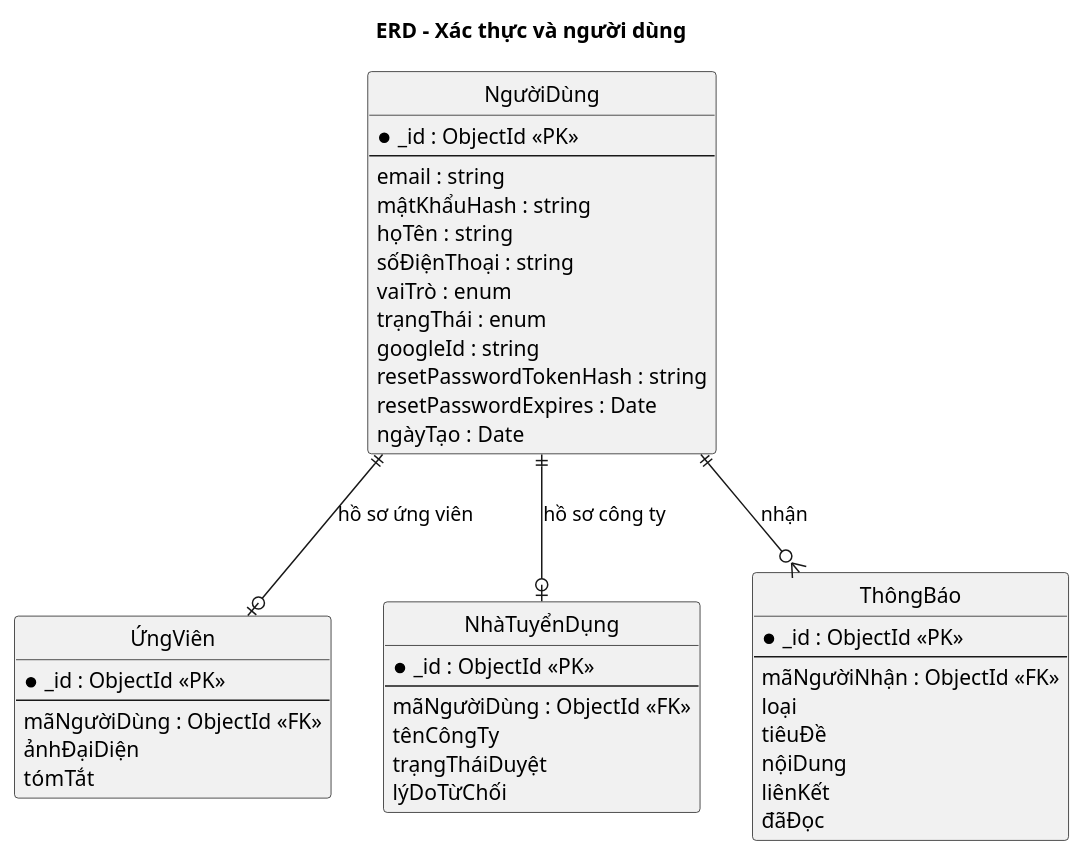
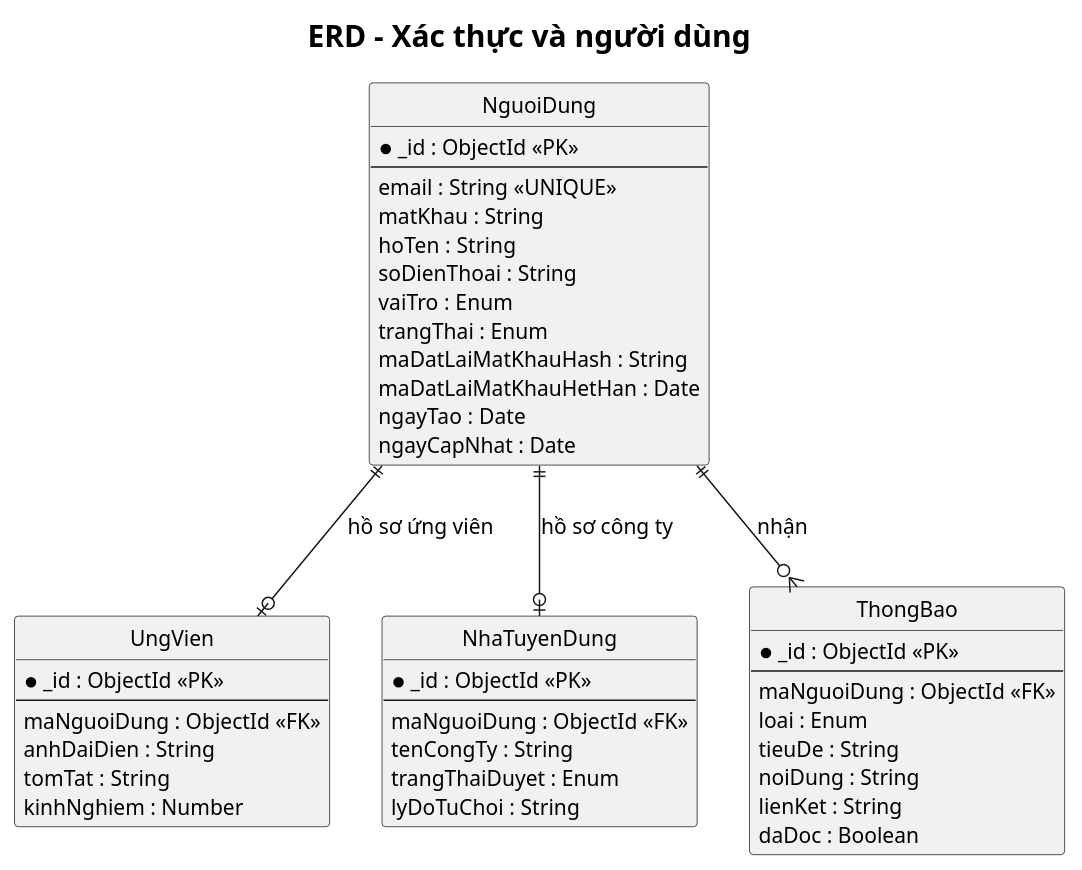
The diagram in docs/so-do/05-erd-du-lieu/02-erd-xac-thuc-nguoi-dung.puml (hole-six/DoAn), drawn with PlantUML before and after one commit. The commit also changed other lines of this file and 201 other files, not shown here.

```diff
--- a/docs/so-do/05-erd-du-lieu/02-erd-xac-thuc-nguoi-dung.puml
+++ b/docs/so-do/05-erd-du-lieu/02-erd-xac-thuc-nguoi-dung.puml
@@ -1,52 +1,57 @@
 @startuml
+skinparam defaultFontName "Segoe UI"
+skinparam titleFontName "Segoe UI"
+skinparam defaultFontSize 14
+skinparam titleFontSize 20
 hide circle
 skinparam shadowing false
 title ERD - Xác thực và người dùng
 
-entity "NgườiDùng" as User {
+entity "NguoiDung" as User {
   * _id : ObjectId <<PK>>
   --
-  email : string
-  mậtKhẩuHash : string
-  họTên : string
-  sốĐiệnThoại : string
-  vaiTrò : enum
-  trạngThái : enum
-  googleId : string
-  resetPasswordTokenHash : string
-  resetPasswordExpires : Date
-  ngàyTạo : Date
+  email : String <<UNIQUE>>
+  matKhau : String
+  hoTen : String
+  soDienThoai : String
+  vaiTro : Enum
+  trangThai : Enum
+  maDatLaiMatKhauHash : String
+  maDatLaiMatKhauHetHan : Date
+  ngayTao : Date
+  ngayCapNhat : Date
 }
 
-entity "ỨngViên" as Candidate {
+entity "UngVien" as Candidate {
   * _id : ObjectId <<PK>>
   --
-  mãNgườiDùng : ObjectId <<FK>>
-  ảnhĐạiDiện
-  tómTắt
+  maNguoiDung : ObjectId <<FK>>
+  anhDaiDien : String
+  tomTat : String
+  kinhNghiem : Number
 }
 
-entity "NhàTuyểnDụng" as Employer {
+entity "NhaTuyenDung" as Employer {
   * _id : ObjectId <<PK>>
   --
-  mãNgườiDùng : ObjectId <<FK>>
-  tênCôngTy
-  trạngTháiDuyệt
-  lýDoTừChối
+  maNguoiDung : ObjectId <<FK>>
+  tenCongTy : String
+  trangThaiDuyet : Enum
+  lyDoTuChoi : String
 }
 
-entity "ThôngBáo" as Notification {
+entity "ThongBao" as Notification {
   * _id : ObjectId <<PK>>
   --
-  mãNgườiNhận : ObjectId <<FK>>
-  loại
-  tiêuĐề
-  nộiDung
-  liênKết
-  đãĐọc
+  maNguoiDung : ObjectId <<FK>>
+  loai : Enum
+  tieuDe : String
+  noiDung : String
+  lienKet : String
+  daDoc : Boolean
 }
 
 User ||--o| Candidate : hồ sơ ứng viên
 User ||--o| Employer : hồ sơ công ty
 User ||--o{ Notification : nhận
 @enduml
```
